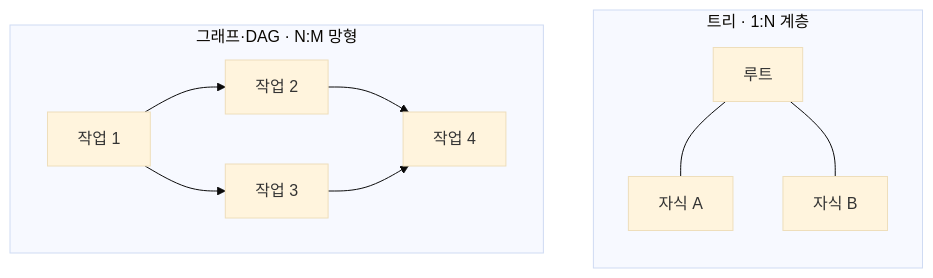
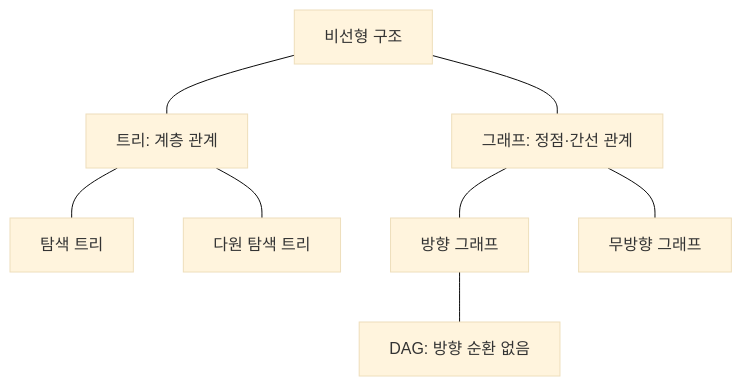
One commit to agnusdei1207/study changed the second of 2 diagrams in src/content/docs/notes/itpe/02-software-engineering/052_non_linear_structure.md. Above: the diagram before and after it, drawn with Mermaid (base theme). The commit also changed other lines of this file and 31 other files, not shown here.

Commit message:
docs(itpe): correct software engineering architecture and test notes

````diff
--- a/src/content/docs/notes/itpe/02-software-engineering/052_non_linear_structure.md
+++ b/src/content/docs/notes/itpe/02-software-engineering/052_non_linear_structure.md
@@ -106,15 +112,10 @@
 ```mermaid
-flowchart TB
-    subgraph TREE["트리 · 1:N 계층"]
-        direction TB
-        R["루트"] --- A["자식 A"]
-        R --- B["자식 B"]
-    end
-    subgraph GRAPH["그래프·DAG · N:M 망형"]
-        direction LR
-        T1["작업 1"] --> T2["작업 2"]
-        T1 --> T3["작업 3"]
-        T2 --> T4["작업 4"]
-        T3 --> T4
-    end
+flowchart TD
+    T["비선형 구조"] --- TREE["트리: 계층 관계"]
+    T --- GRAPH["그래프: 정점·간선 관계"]
+    TREE --- BST["탐색 트리"]
+    TREE --- B["다원 탐색 트리"]
+    GRAPH --- DG["방향 그래프"]
+    GRAPH --- UG["무방향 그래프"]
+    DG --- DAG["DAG: 방향 순환 없음"]
 ```
````
